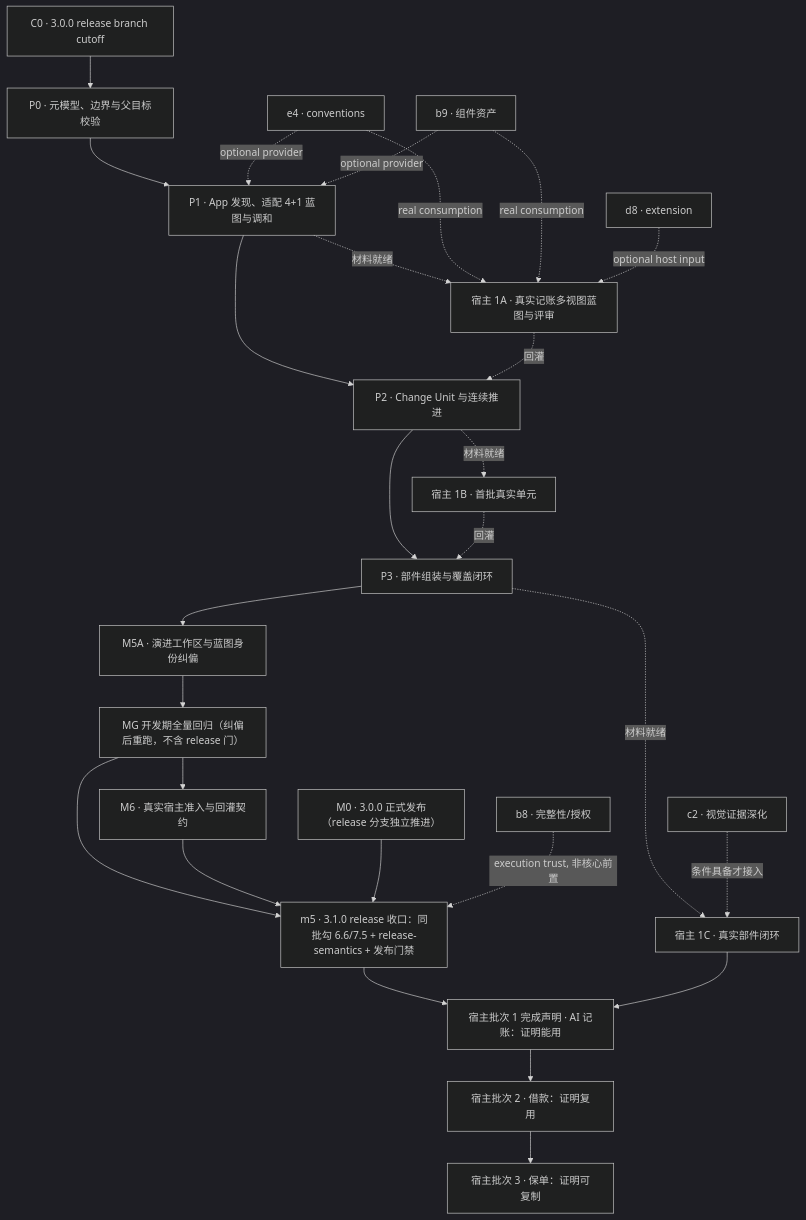
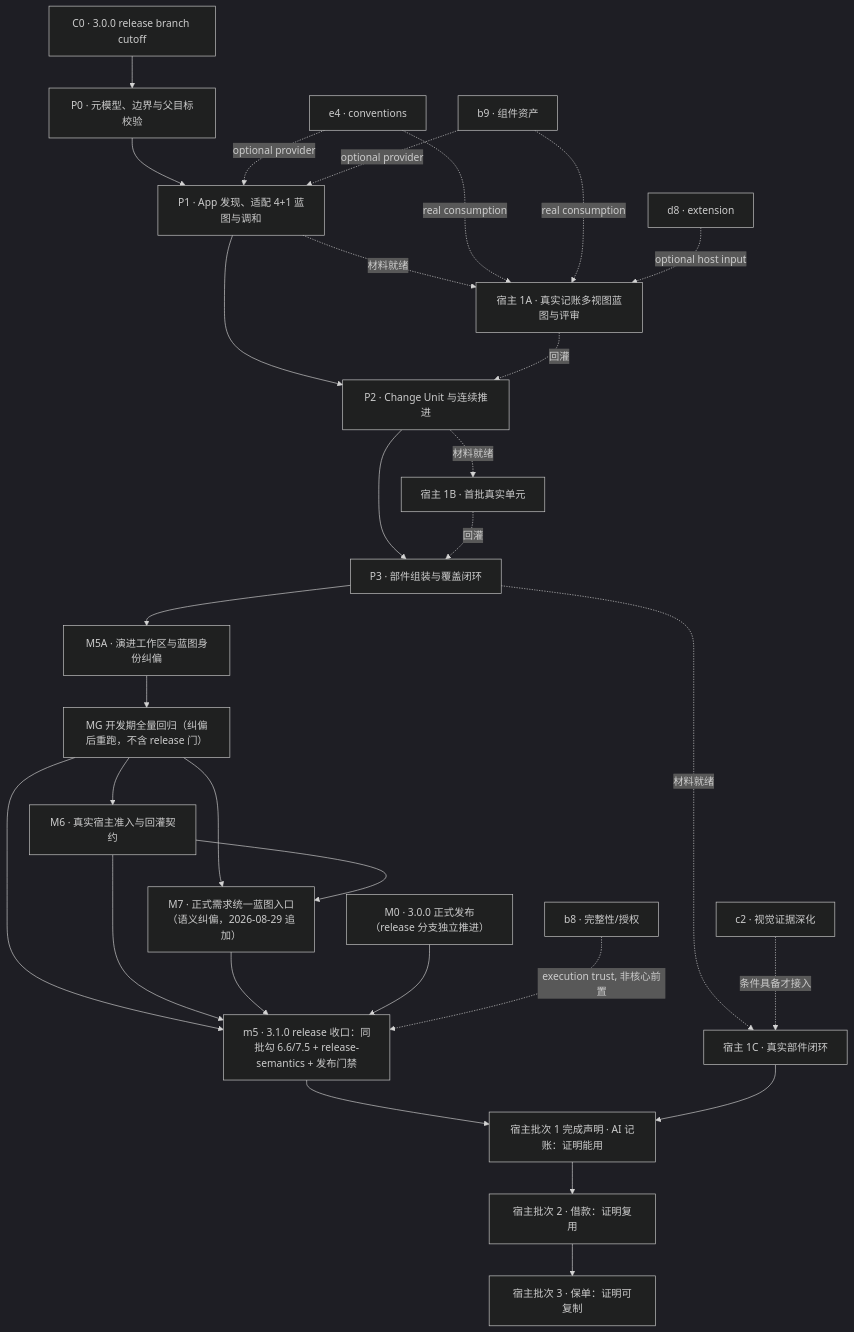
Before and after one commit to sqsqsq/agent-maison: the diagram in .cursor/plans/复杂能力建设3.1_单部件复杂需求闭环首期总计划_6f2a9d8c.plan.md, drawn with Mermaid (dark theme). The commit also changed other lines of this file and 77 other files, not shown here.

First line of the commit message:
feat(component-design): 蓝图重定位为正式需求必经的部件内设计阶段（plan f9e2c7b4 M7）

````diff
--- a/.cursor/plans/复杂能力建设3.1_单部件复杂需求闭环首期总计划_6f2a9d8c.plan.md
+++ b/.cursor/plans/复杂能力建设3.1_单部件复杂需求闭环首期总计划_6f2a9d8c.plan.md
@@ -198,30 +215,33 @@
 ```mermaid
 flowchart TB
     C0["C0 · 3.0.0 release branch cutoff"] --> P0["P0 · 元模型、边界与父目标校验"]
     P0 --> P1["P1 · App 发现、适配 4+1 蓝图与调和"]
     P1 --> P2["P2 · Change Unit 与连续推进"]
     P2 --> P3["P3 · 部件组装与覆盖闭环"]
     P3 --> M5A["M5A · 演进工作区与蓝图身份纠偏"]
     M5A --> MGR["MG 开发期全量回归（纠偏后重跑，不含 release 门）"]
     MGR --> M6["M6 · 真实宿主准入与回灌契约"]
     MGR --> MG["m5 · 3.1.0 release 收口：同批勾 6.6/7.5 + release-semantics + 发布门禁"]
     M6 --> MG
+    MGR --> M7["M7 · 正式需求统一蓝图入口（语义纠偏，2026-08-29 追加）"]
+    M6 --> M7
+    M7 --> MG
     R0["M0 · 3.0.0 正式发布（release 分支独立推进）"] --> MG
     MG --> H1["宿主批次 1 完成声明 · AI 记账：证明能用"]
     P1 -. 材料就绪 .-> H1A["宿主 1A · 真实记账多视图蓝图与评审"]
     P2 -. 材料就绪 .-> H1B["宿主 1B · 首批真实单元"]
     P3 -. 材料就绪 .-> H1C["宿主 1C · 真实部件闭环"]
     H1A -. 回灌 .-> P2
     H1B -. 回灌 .-> P3
     H1C --> H1
     H1 --> H2["宿主批次 2 · 借款：证明复用"]
     H2 --> H3["宿主批次 3 · 保单：证明可复制"]
 
     E4["e4 · conventions"] -. optional provider .-> P1
     B9["b9 · 组件资产"] -. optional provider .-> P1
     E4 -. real consumption .-> H1A
     B9 -. real consumption .-> H1A
     C2["c2 · 视觉证据深化"] -. 条件具备才接入 .-> H1C
     B8["b8 · 完整性/授权"] -. execution trust, 非核心前置 .-> MG
     D8["d8 · extension"] -. optional host input .-> H1A
 ```
````
